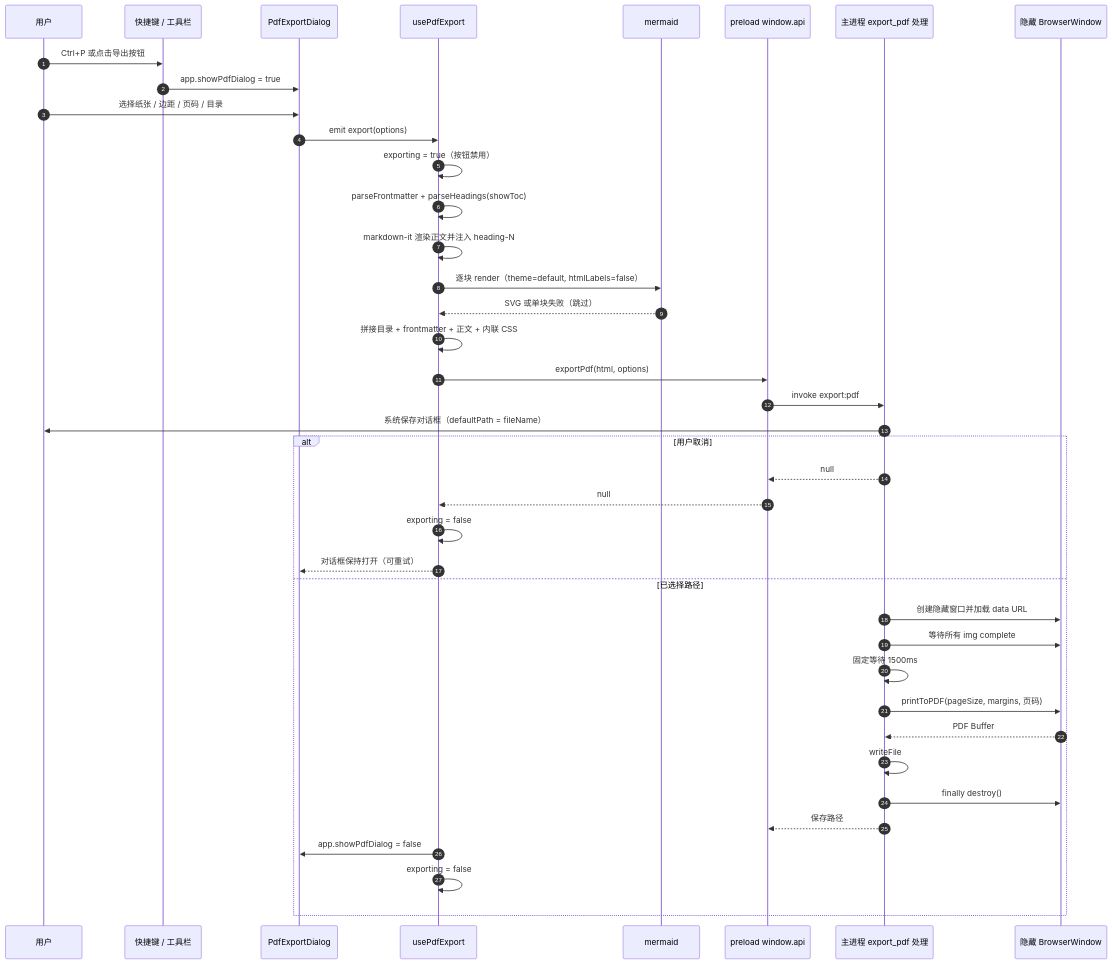
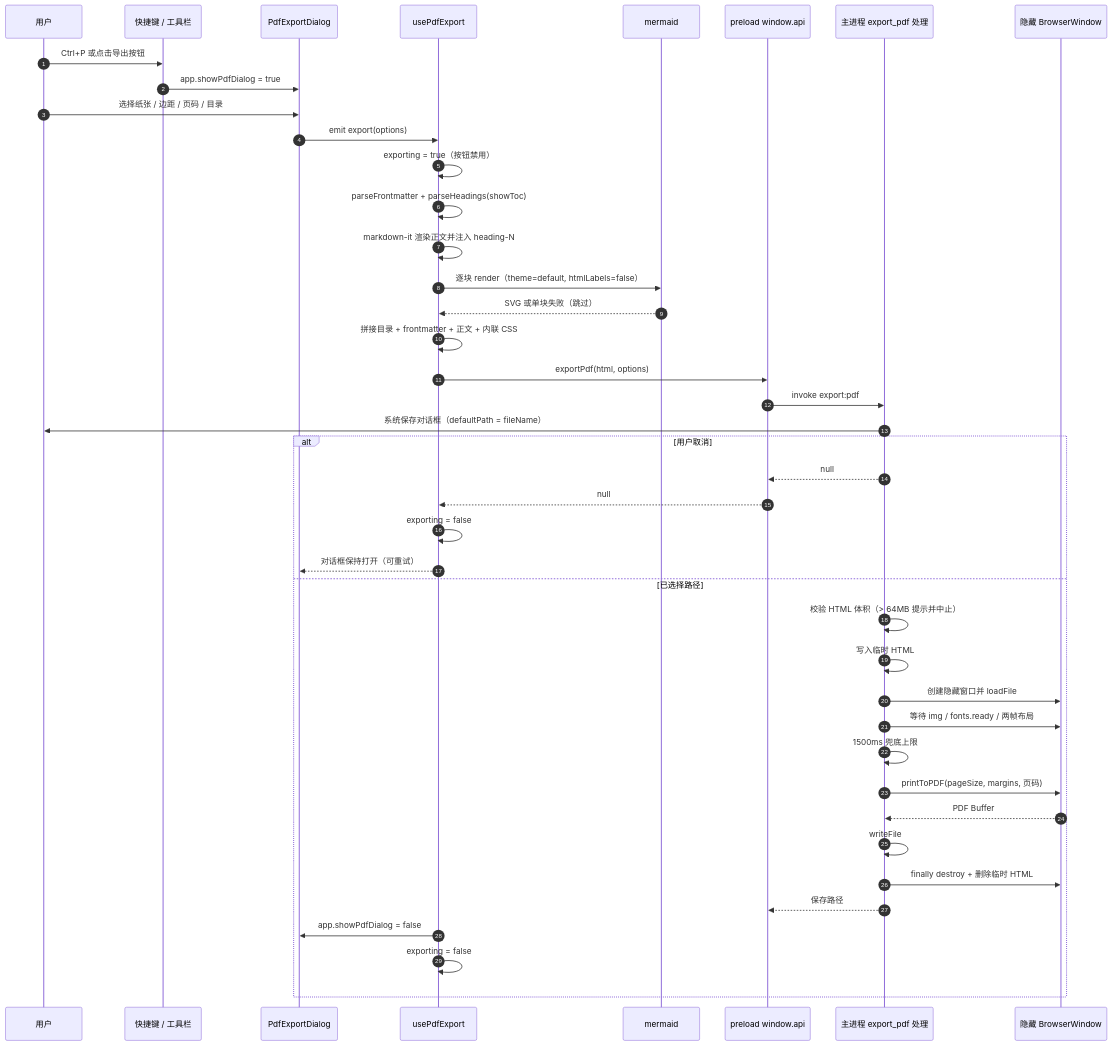
The diagram in docs/PDF导出.md (Harley-xk/mark-it), drawn with Mermaid before and after one commit. The commit also changed other lines of this file and 38 other files, not shown here.

````diff
--- a/docs/PDF导出.md
+++ b/docs/PDF导出.md
@@ -83,43 +84,45 @@
 ```mermaid
 sequenceDiagram
     autonumber
     participant U as 用户
     participant K as 快捷键 / 工具栏
     participant D as PdfExportDialog
     participant C as usePdfExport
     participant M as mermaid
     participant API as preload window.api
     participant MAIN as 主进程 export_pdf 处理
     participant W as 隐藏 BrowserWindow
 
     U->>K: Ctrl+P 或点击导出按钮
     K->>D: app.showPdfDialog = true
     U->>D: 选择纸张 / 边距 / 页码 / 目录
     D->>C: emit export(options)
     C->>C: exporting = true（按钮禁用）
     C->>C: parseFrontmatter + parseHeadings(showToc)
     C->>C: markdown-it 渲染正文并注入 heading-N
     C->>M: 逐块 render（theme=default, htmlLabels=false）
     M-->>C: SVG 或单块失败（跳过）
     C->>C: 拼接目录 + frontmatter + 正文 + 内联 CSS
     C->>API: exportPdf(html, options)
     API->>MAIN: invoke export:pdf
     MAIN->>U: 系统保存对话框（defaultPath = fileName）
     alt 用户取消
         MAIN-->>API: null
         API-->>C: null
         C->>C: exporting = false
         C-->>D: 对话框保持打开（可重试）
     else 已选择路径
-        MAIN->>W: 创建隐藏窗口并加载 data URL
-        MAIN->>W: 等待所有 img complete
-        MAIN->>MAIN: 固定等待 1500ms
+        MAIN->>MAIN: 校验 HTML 体积（> 64MB 提示并中止）
+        MAIN->>MAIN: 写入临时 HTML
+        MAIN->>W: 创建隐藏窗口并 loadFile
+        MAIN->>W: 等待 img / fonts.ready / 两帧布局
+        MAIN->>MAIN: 1500ms 兜底上限
         MAIN->>W: printToPDF(pageSize, margins, 页码)
         W-->>MAIN: PDF Buffer
         MAIN->>MAIN: writeFile
-        MAIN->>W: finally destroy()
+        MAIN->>W: finally destroy + 删除临时 HTML
         MAIN-->>API: 保存路径
         C->>D: app.showPdfDialog = false
         C->>C: exporting = false
     end
 ```
````
